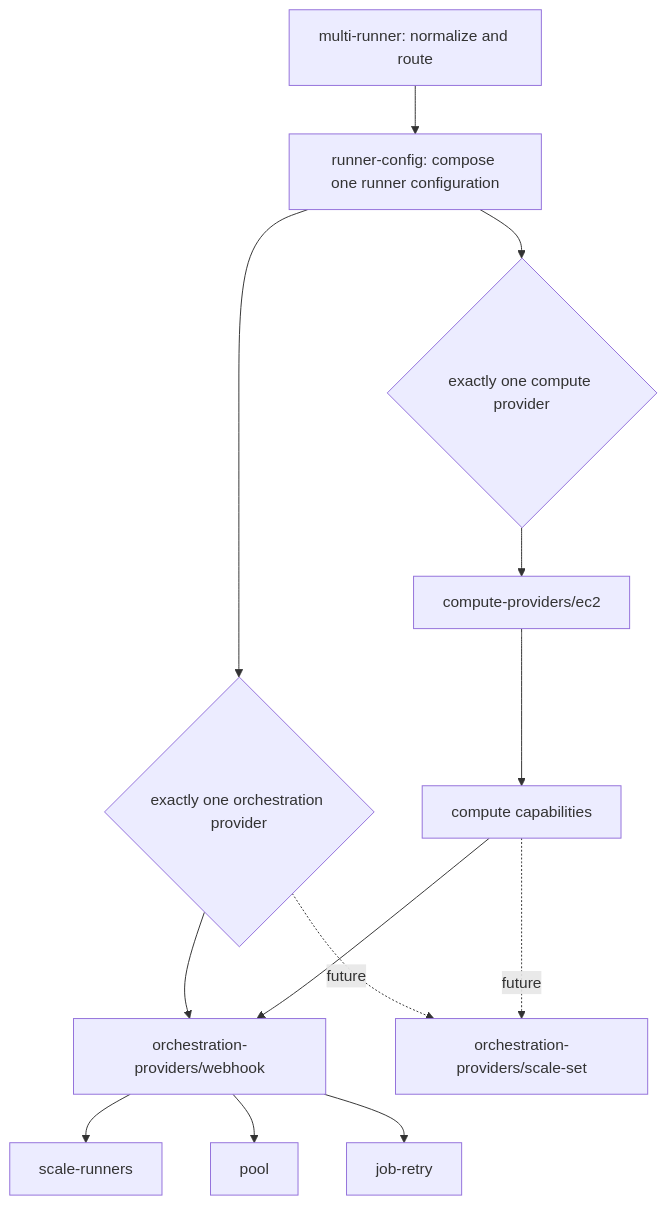
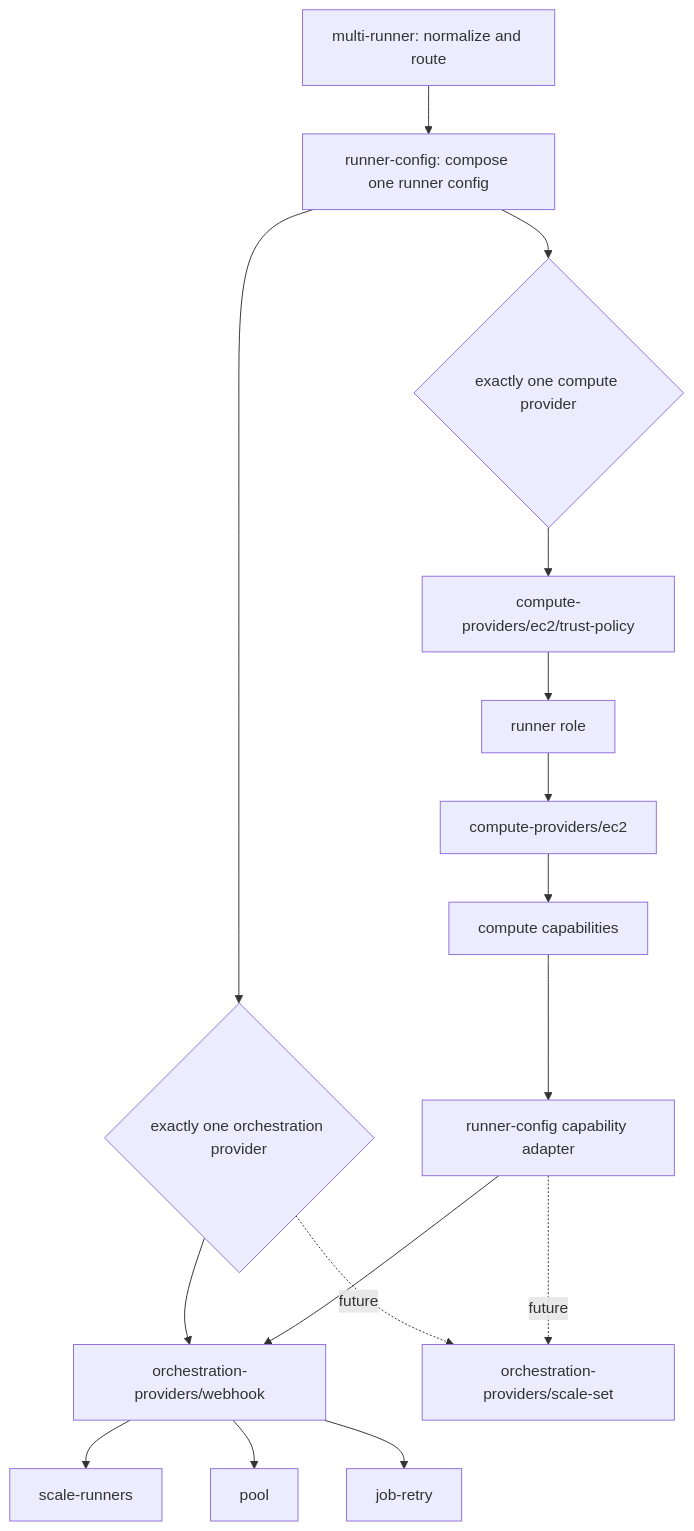
The diagram in docs/adr/002-runner-orchestration-provider-boundary.md (github-aws-runners/terraform-aws-github-runner), drawn with Mermaid before and after one commit. The commit also changed other lines of this file and 3 other files, not shown here.

````diff
--- a/docs/adr/002-runner-orchestration-provider-boundary.md
+++ b/docs/adr/002-runner-orchestration-provider-boundary.md
@@ -133,15 +134,18 @@
 ```mermaid
 flowchart TD
-  Multi["multi-runner: normalize and route"] --> Config["runner-config: compose one runner configuration"]
+  Multi["multi-runner: normalize and route"] --> Config["runner-config: compose one runner config"]
   Config --> Selector{"exactly one orchestration provider"}
   Selector --> Webhook["orchestration-providers/webhook"]
   Selector -. future .-> ScaleSet["orchestration-providers/scale-set"]
   Config --> ComputeSelector{"exactly one compute provider"}
-  ComputeSelector --> EC2["compute-providers/ec2"]
+  ComputeSelector --> Trust["compute-providers/ec2/trust-policy"]
+  Trust --> Role["runner role"]
+  Role --> EC2["compute-providers/ec2"]
   EC2 --> Capabilities["compute capabilities"]
-  Capabilities --> Webhook
-  Capabilities -. future .-> ScaleSet
+  Capabilities --> Adapter["runner-config capability adapter"]
+  Adapter --> Webhook
+  Adapter -. future .-> ScaleSet
   Webhook --> Scale["scale-runners"]
   Webhook --> Pool["pool"]
   Webhook --> Retry["job-retry"]
 ```
````
